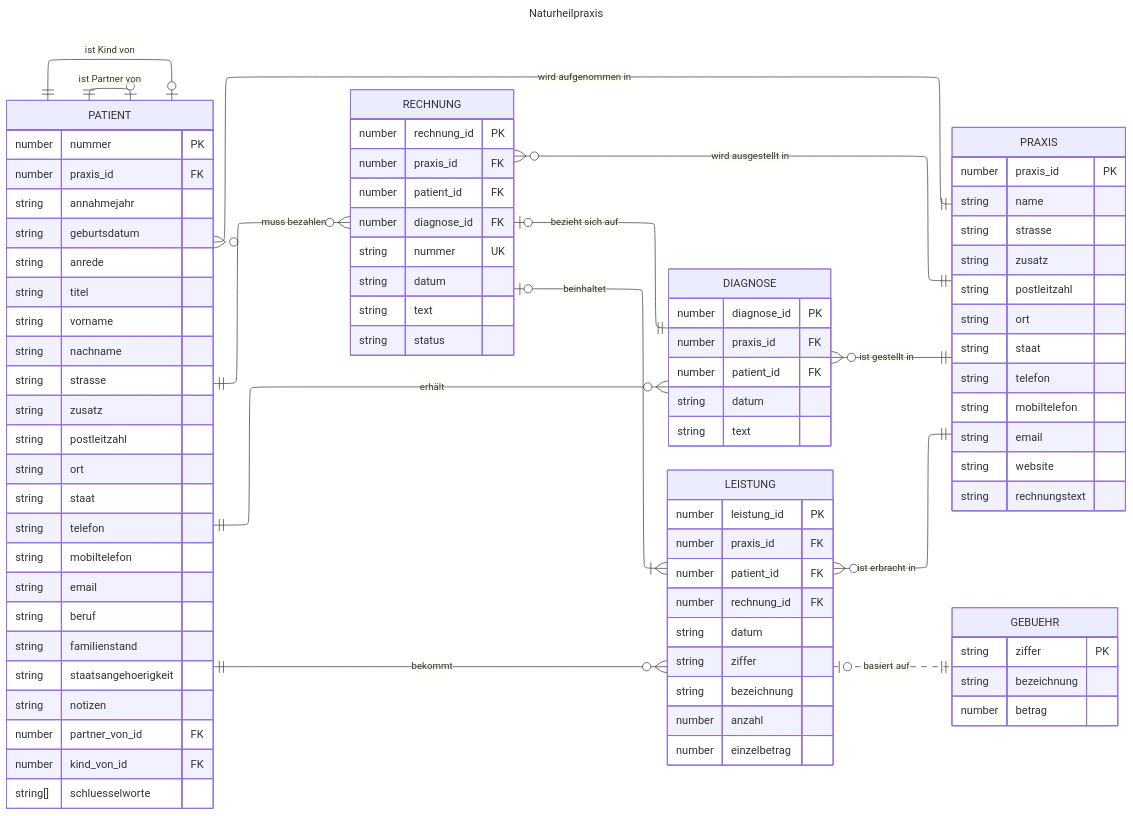
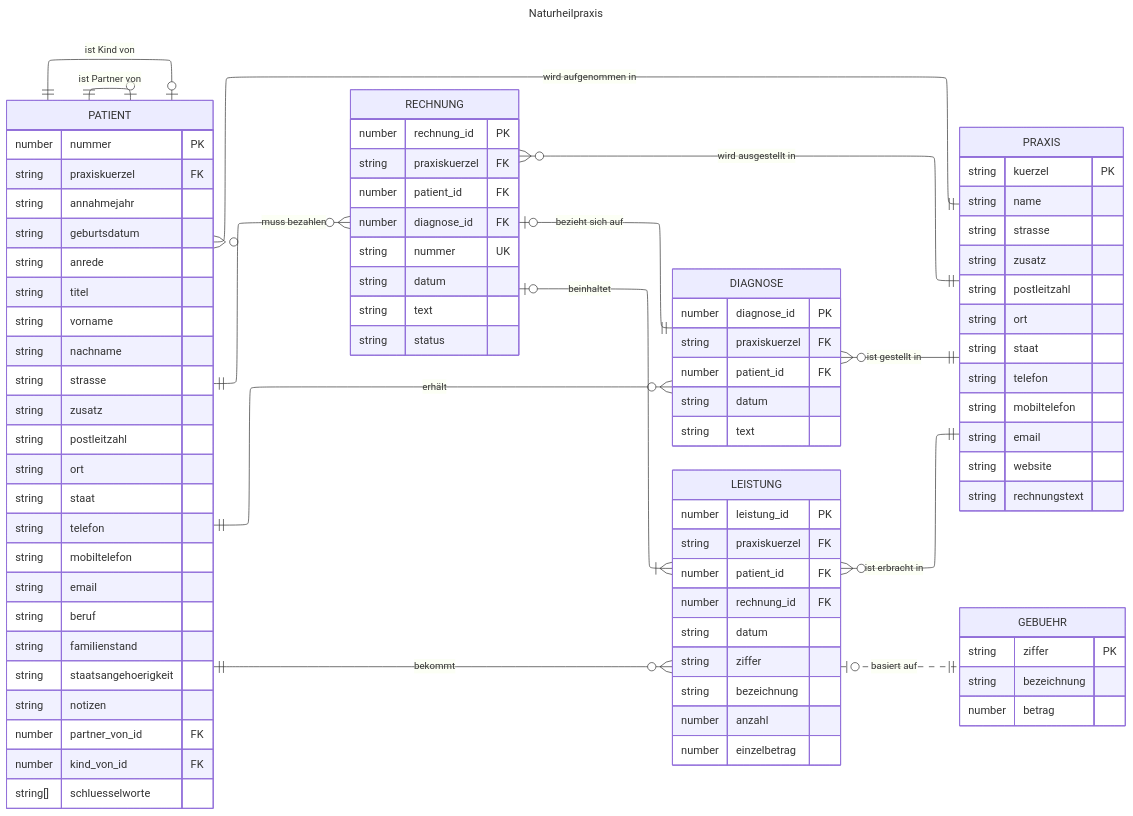
Before and after one commit to falkoschumann/naturheilpraxis: the diagram in docs/naturheilpraxis.mmd, drawn with Mermaid. The commit also changed 1 other file, not shown here.

Commit message:
docs: replace Praxis-ID with Praxiskürzel

```diff
--- a/docs/naturheilpraxis.mmd
+++ b/docs/naturheilpraxis.mmd
@@ -1,93 +1,93 @@
 ---
 title: Naturheilpraxis
 config:
   layout: elk
 ---
 erDiagram
     direction LR
 
     PATIENT }o--|| PRAXIS : "wird aufgenommen in"
     PATIENT ||--o| PATIENT : "ist Partner von"
     PATIENT ||--o| PATIENT : "ist Kind von"
     PATIENT ||--o{ DIAGNOSE : "erhält"
     DIAGNOSE }o--|| PRAXIS : "ist gestellt in"
     PATIENT ||--o{ LEISTUNG : "bekommt"
     LEISTUNG }o--|| PRAXIS : "ist erbracht in"
     LEISTUNG |o..|| GEBUEHR : "basiert auf"
     PATIENT ||--o{ RECHNUNG : "muss bezahlen"
     RECHNUNG |o--|| DIAGNOSE : "bezieht sich auf"
     RECHNUNG |o--|{ LEISTUNG : "beinhaltet"
     RECHNUNG }o--|| PRAXIS : "wird ausgestellt in"
 
     PRAXIS {
-        number praxis_id PK
+        string kuerzel PK
         string name
         string strasse
         string zusatz
         string postleitzahl
         string ort
         string staat
         string telefon
         string mobiltelefon
         string email
         string website
         string rechnungstext
     }
     GEBUEHR {
         string ziffer PK
         string bezeichnung
         number betrag
     }
     PATIENT {
         number nummer PK
-        number praxis_id FK
+        string praxiskuerzel FK
         string annahmejahr
         string geburtsdatum
         string anrede
         string titel
         string vorname
         string nachname
         string strasse
         string zusatz
         string postleitzahl
         string ort
         string staat
         string telefon
         string mobiltelefon
         string email
         string beruf
         string familienstand
         string staatsangehoerigkeit
         string notizen
         number partner_von_id FK
         number kind_von_id FK
         string[] schluesselworte
     }
     DIAGNOSE {
         number diagnose_id PK
-        number praxis_id FK
+        string praxiskuerzel FK
         number patient_id FK
         string datum
         string text
     }
     LEISTUNG {
         number leistung_id PK
-        number praxis_id FK
+        string praxiskuerzel FK
         number patient_id FK
         number rechnung_id FK
         string datum
         string ziffer
         string bezeichnung
         number anzahl
         number einzelbetrag
     }
     RECHNUNG {
         number rechnung_id PK
-        number praxis_id FK
+        string praxiskuerzel FK
         number patient_id FK
         number diagnose_id FK
         string nummer UK
         string datum
         string text
         string status
     }
```
